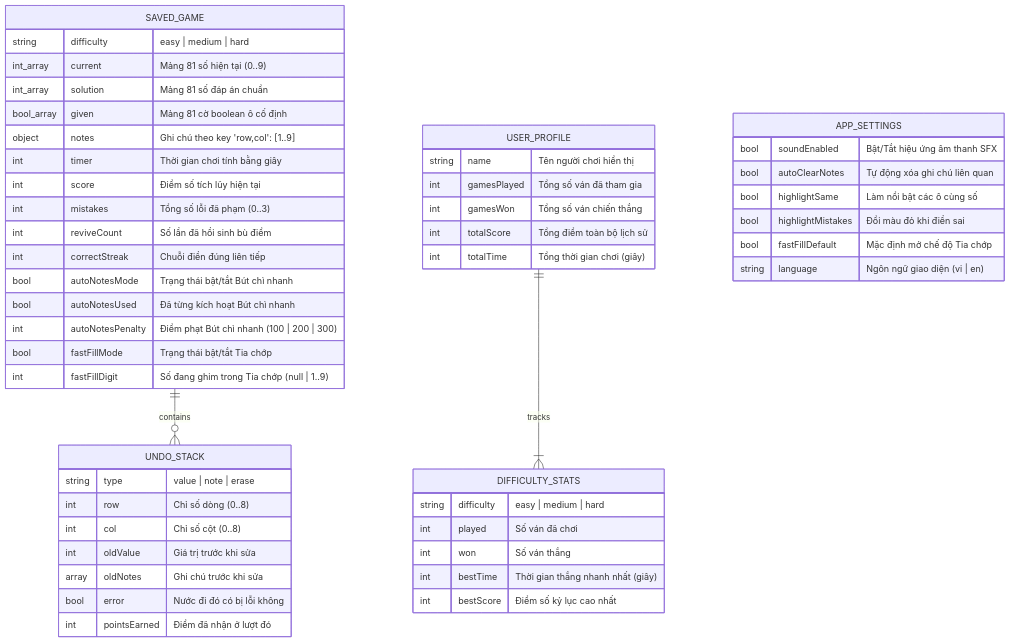
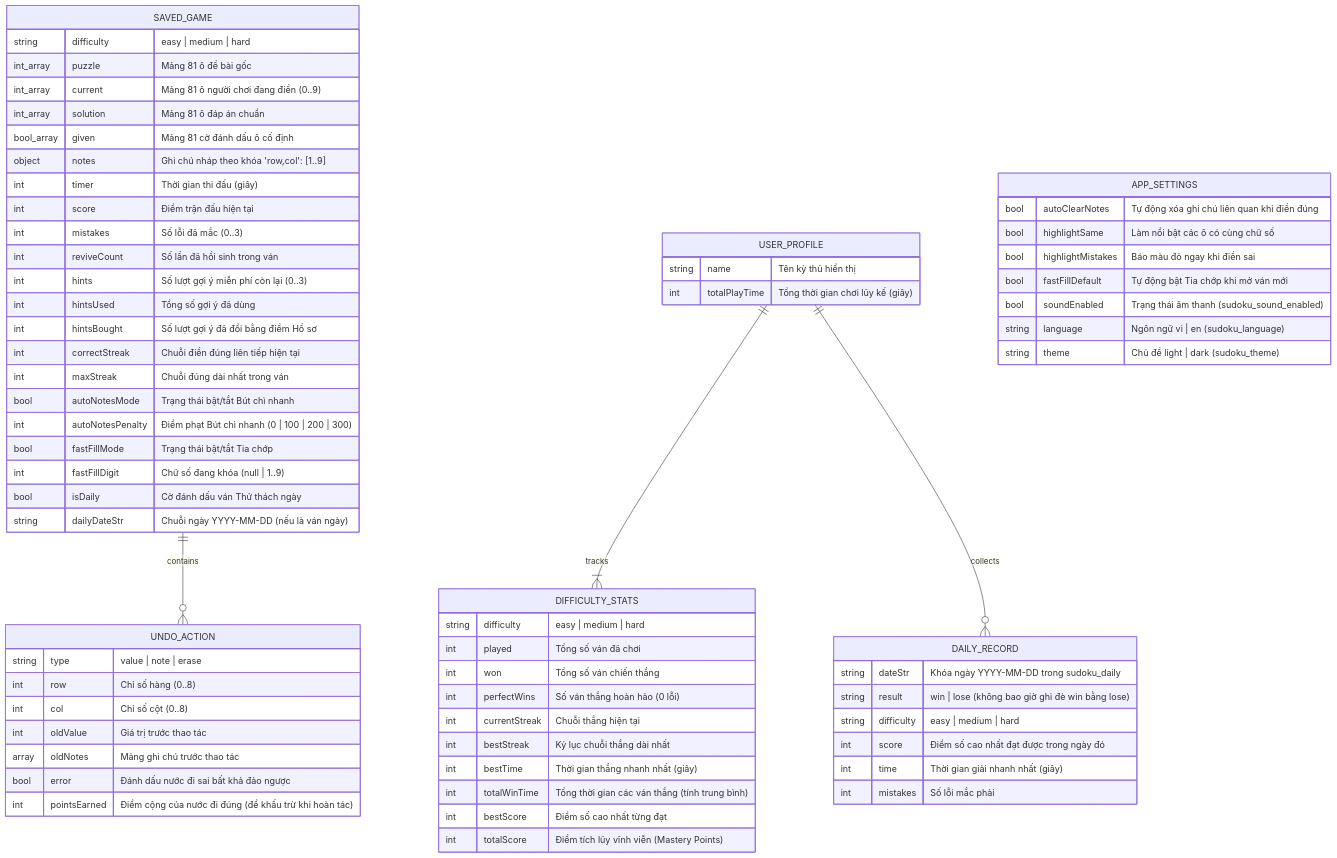
One commit to Jhanh/Sudoku_game changed the first of 3 diagrams in docs/04_storage_and_scoring_models.md. Above: the diagram before and after it, drawn with Mermaid. The commit also changed other lines of this file and 4 other files, not shown here.

````diff
--- a/docs/04_storage_and_scoring_models.md
+++ b/docs/04_storage_and_scoring_models.md
@@ -11,58 +11,77 @@
 ```mermaid
 erDiagram
-    SAVED_GAME ||--o{ UNDO_STACK : contains
+    SAVED_GAME ||--o{ UNDO_ACTION : contains
     USER_PROFILE ||--|{ DIFFICULTY_STATS : tracks
+    USER_PROFILE ||--o{ DAILY_RECORD : collects
 
     SAVED_GAME {
         string difficulty "easy | medium | hard"
-        int_array current "Mảng 81 số hiện tại (0..9)"
-        int_array solution "Mảng 81 số đáp án chuẩn"
-        bool_array given "Mảng 81 cờ boolean ô cố định"
-        object notes "Ghi chú theo key 'row,col': [1..9]"
-        int timer "Thời gian chơi tính bằng giây"
-        int score "Điểm số tích lũy hiện tại"
-        int mistakes "Tổng số lỗi đã phạm (0..3)"
-        int reviveCount "Số lần đã hồi sinh bù điểm"
-        int correctStreak "Chuỗi điền đúng liên tiếp"
+        int_array puzzle "Mảng 81 ô đề bài gốc"
+        int_array current "Mảng 81 ô người chơi đang điền (0..9)"
+        int_array solution "Mảng 81 ô đáp án chuẩn"
+        bool_array given "Mảng 81 cờ đánh dấu ô cố định"
+        object notes "Ghi chú nháp theo khóa 'row,col': [1..9]"
+        int timer "Thời gian thi đấu (giây)"
+        int score "Điểm trận đấu hiện tại"
+        int mistakes "Số lỗi đã mắc (0..3)"
+        int reviveCount "Số lần đã hồi sinh trong ván"
+        int hints "Số lượt gợi ý miễn phí còn lại (0..3)"
+        int hintsUsed "Tổng số gợi ý đã dùng"
+        int hintsBought "Số lượt gợi ý đã đổi bằng điểm Hồ sơ"
+        int correctStreak "Chuỗi điền đúng liên tiếp hiện tại"
+        int maxStreak "Chuỗi đúng dài nhất trong ván"
         bool autoNotesMode "Trạng thái bật/tắt Bút chì nhanh"
-        bool autoNotesUsed "Đã từng kích hoạt Bút chì nhanh"
-        int autoNotesPenalty "Điểm phạt Bút chì nhanh (100 | 200 | 300)"
+        int autoNotesPenalty "Điểm phạt Bút chì nhanh (0 | 100 | 200 | 300)"
         bool fastFillMode "Trạng thái bật/tắt Tia chớp"
-        int fastFillDigit "Số đang ghim trong Tia chớp (null | 1..9)"
+        int fastFillDigit "Chữ số đang khóa (null | 1..9)"
+        bool isDaily "Cờ đánh dấu ván Thử thách ngày"
+        string dailyDateStr "Chuỗi ngày YYYY-MM-DD (nếu là ván ngày)"
     }
 
-    UNDO_STACK {
+    UNDO_ACTION {
         string type "value | note | erase"
-        int row "Chỉ số dòng (0..8)"
+        int row "Chỉ số hàng (0..8)"
         int col "Chỉ số cột (0..8)"
-        int oldValue "Giá trị trước khi sửa"
-        array oldNotes "Ghi chú trước khi sửa"
-        bool error "Nước đi đó có bị lỗi không"
-        int pointsEarned "Điểm đã nhận ở lượt đó"
+        int oldValue "Giá trị trước thao tác"
+        array oldNotes "Mảng ghi chú trước thao tác"
+        bool error "Đánh dấu nước đi sai bất khả đảo ngược"
+        int pointsEarned "Điểm cộng của nước đi đúng (để khấu trừ khi hoàn tác)"
     }
 
     USER_PROFILE {
-        string name "Tên người chơi hiển thị"
-        int gamesPlayed "Tổng số ván đã tham gia"
-        int gamesWon "Tổng số ván chiến thắng"
-        int totalScore "Tổng điểm toàn bộ lịch sử"
-        int totalTime "Tổng thời gian chơi (giây)"
+        string name "Tên kỳ thủ hiển thị"
+        int totalPlayTime "Tổng thời gian chơi lũy kế (giây)"
     }
 
     DIFFICULTY_STATS {
         string difficulty "easy | medium | hard"
-        int played "Số ván đã chơi"
-        int won "Số ván thắng"
+        int played "Tổng số ván đã chơi"
+        int won "Tổng số ván chiến thắng"
+        int perfectWins "Số ván thắng hoàn hảo (0 lỗi)"
+        int currentStreak "Chuỗi thắng hiện tại"
+        int bestStreak "Kỷ lục chuỗi thắng dài nhất"
         int bestTime "Thời gian thắng nhanh nhất (giây)"
-        int bestScore "Điểm số kỷ lục cao nhất"
+        int totalWinTime "Tổng thời gian các ván thắng (tính trung bình)"
+        int bestScore "Điểm số cao nhất từng đạt"
+        int totalScore "Điểm tích lũy vĩnh viễn (Mastery Points)"
+    }
+
+    DAILY_RECORD {
+        string dateStr "Khóa ngày YYYY-MM-DD trong sudoku_daily"
+        string result "win | lose (không bao giờ ghi đè win bằng lose)"
+        string difficulty "easy | medium | hard"
+        int score "Điểm số cao nhất đạt được trong ngày đó"
+        int time "Thời gian giải nhanh nhất (giây)"
+        int mistakes "Số lỗi mắc phải"
     }
 
     APP_SETTINGS {
-        bool soundEnabled "Bật/Tắt hiệu ứng âm thanh SFX"
-        bool autoClearNotes "Tự động xóa ghi chú liên quan"
-        bool highlightSame "Làm nổi bật các ô cùng số"
-        bool highlightMistakes "Đổi màu đỏ khi điền sai"
-        bool fastFillDefault "Mặc định mở chế độ Tia chớp"
-        string language "Ngôn ngữ giao diện (vi | en)"
+        bool autoClearNotes "Tự động xóa ghi chú liên quan khi điền đúng"
+        bool highlightSame "Làm nổi bật các ô có cùng chữ số"
+        bool highlightMistakes "Báo màu đỏ ngay khi điền sai"
+        bool fastFillDefault "Tự động bật Tia chớp khi mở ván mới"
+        bool soundEnabled "Trạng thái âm thanh (sudoku_sound_enabled)"
+        string language "Ngôn ngữ vi | en (sudoku_language)"
+        string theme "Chủ đề light | dark (sudoku_theme)"
     }
 ```
````
